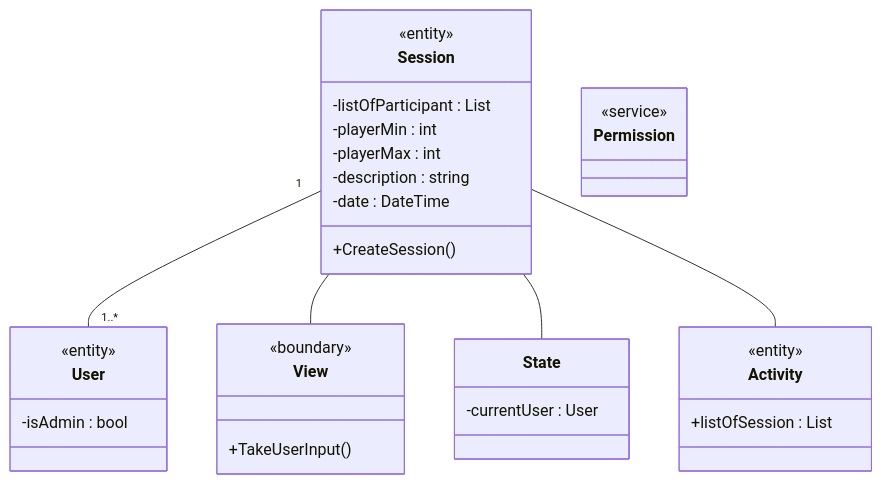
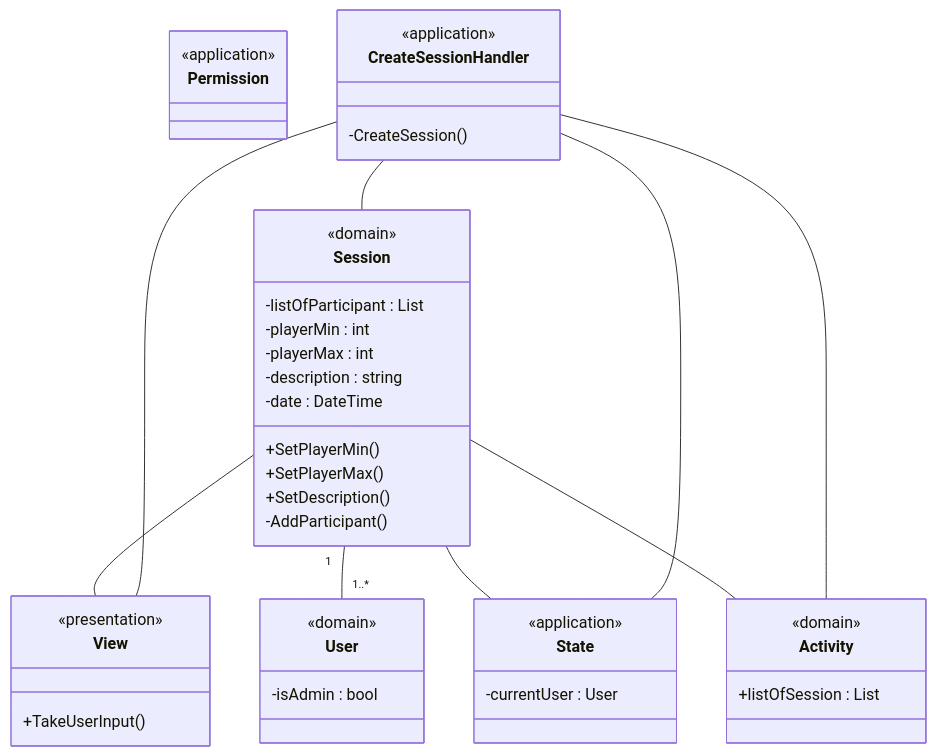
The fourth of 4 diagrams in 02 notes/Klassediagram.md (MatiasHeiberg/1.semesterprojekt), drawn with Mermaid before and after one commit. The commit also changed 1 other file, not shown here.

Commit message:
Justeringer af sekvens- og klassediagram

````diff
--- a/02 notes/Klassediagram.md
+++ b/02 notes/Klassediagram.md
@@ -130,45 +130,58 @@
 ```mermaid
 classDiagram
 
 %% Class definitions
 class Session {
-	<<entity>>
+	<<domain>>
     -listOfParticipant : List<User>
 	-playerMin : int 
 	-playerMax : int
 	-description : string
 	-date : DateTime
 	
-	+CreateSession()
+	+SetPlayerMin()
+	+SetPlayerMax()
+	+SetDescription()
+	-AddParticipant()
+	
 	
 }
 class User {
-	<<entity>>
+	<<domain>>
 	-isAdmin : bool
 	
 }
 class State {
+	<<application>>
 	-currentUser : User
 }
 %% Serviceklasse til at håndtere rettigheds kald i systemmet.
 class Permission {
-	<<service>>
+	<<application>>
 }
 
 class View {
-	<<boundary>> 
+	<<presentation>> 
 	+TakeUserInput()
 }
 class Activity {
-	<<entity>>
+	<<domain>>
 	+listOfSession : List<Session>
+}
+class CreateSessionHandler{
+	<<application>>
+	-CreateSession()
 }
 %% Class relationships
 Session "1" -- "1..*" User
 Session -- View
 Session -- State
 Session -- Activity
+CreateSessionHandler -- View
+CreateSessionHandler -- Session
+CreateSessionHandler -- State
+CreateSessionHandler -- Activity
 
 
 
 ```
````
